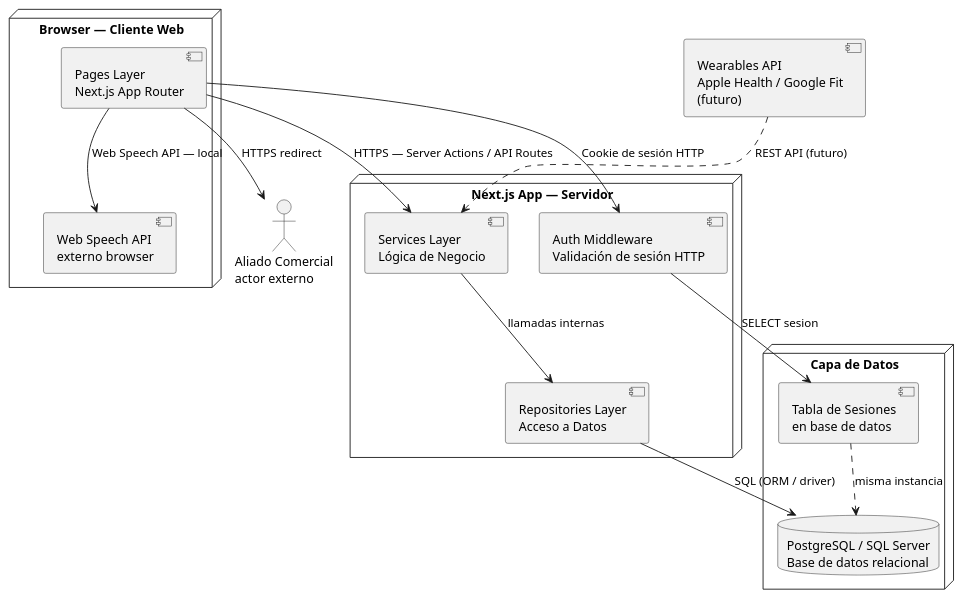
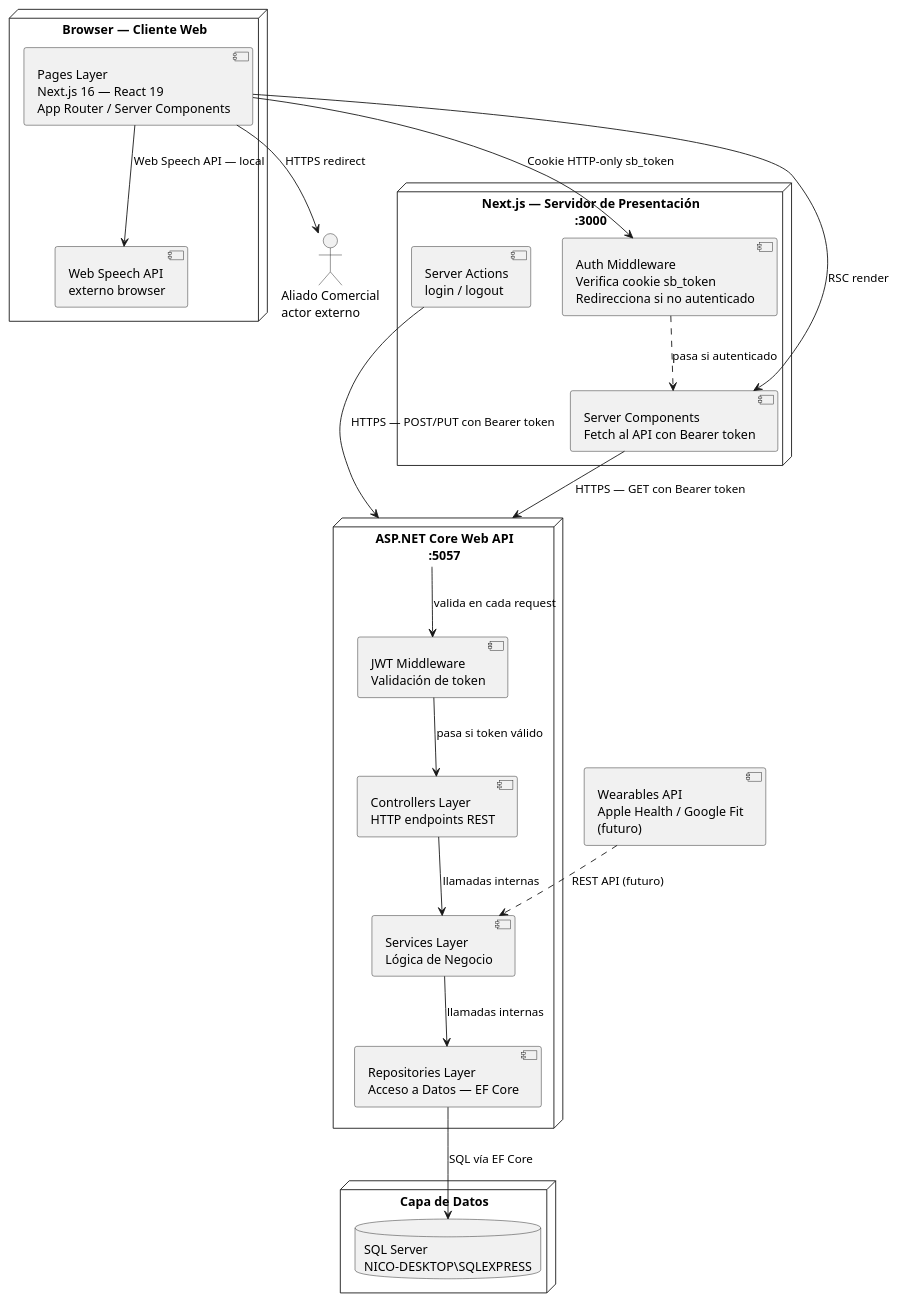
The diagram in silverback/docs/diagrama-componentes.md (nicolassepulveda13/SAP), drawn with PlantUML before and after one commit. The commit also changed other lines of this file and 439 other files, not shown here.

First line of the commit message:
S1 completa: Clean Architecture .NET 9 + Next.js 16 + Auth JWT + schema SQL Server

````diff
--- a/silverback/docs/diagrama-componentes.md
+++ b/silverback/docs/diagrama-componentes.md
@@ -9,36 +10,47 @@
 ```plantuml
 @startuml component-diagram
 
 node "Browser — Cliente Web" as Browser {
-  [Pages Layer\nNext.js App Router] as UI
+  [Pages Layer\nNext.js 16 — React 19\nApp Router / Server Components] as UI
   [Web Speech API\nexterno browser] as SpeechAPI
 }
 
-node "Next.js App — Servidor" as NextApp {
+node "Next.js — Servidor de Presentación\n:3000" as NextApp {
+  [Auth Middleware\nVerifica cookie sb_token\nRedirecciona si no autenticado] as AuthMiddleware
+  [Server Components\nFetch al API con Bearer token] as ServerComponents
+  [Server Actions\nlogin / logout] as ServerActions
+}
+
+node "ASP.NET Core Web API\n:5057" as DotnetAPI {
+  [Controllers Layer\nHTTP endpoints REST] as Controllers
   [Services Layer\nLógica de Negocio] as ServicesLayer
-  [Repositories Layer\nAcceso a Datos] as ReposLayer
-  [Auth Middleware\nValidación de sesión HTTP] as AuthMiddleware
+  [Repositories Layer\nAcceso a Datos — EF Core] as ReposLayer
+  [JWT Middleware\nValidación de token] as JWTMiddleware
 }
 
 node "Capa de Datos" as DataLayer {
-  database "PostgreSQL / SQL Server\nBase de datos relacional" as DB
-  [Tabla de Sesiones\nen base de datos] as Sessions
+  database "SQL Server\nNICO-DESKTOP\\SQLEXPRESS" as DB
 }
 
 actor "Aliado Comercial\nactor externo" as Aliado
 [Wearables API\nApple Health / Google Fit\n(futuro)] as WearablesAPI
 
-UI --> ServicesLayer : HTTPS — Server Actions / API Routes
-UI --> AuthMiddleware : Cookie de sesión HTTP
-AuthMiddleware --> Sessions : SELECT sesion
+UI --> AuthMiddleware : Cookie HTTP-only sb_token
+UI --> ServerComponents : RSC render
+ServerComponents --> DotnetAPI : HTTPS — GET con Bearer token
+ServerActions --> DotnetAPI : HTTPS — POST/PUT con Bearer token
+AuthMiddleware ..> ServerComponents : pasa si autenticado
+
+DotnetAPI --> JWTMiddleware : valida en cada request
+JWTMiddleware --> Controllers : pasa si token válido
+Controllers --> ServicesLayer : llamadas internas
 ServicesLayer --> ReposLayer : llamadas internas
-ReposLayer --> DB : SQL (ORM / driver)
-Sessions ..> DB : misma instancia
+ReposLayer --> DB : SQL vía EF Core
 
 UI --> SpeechAPI : Web Speech API — local
 UI --> Aliado : HTTPS redirect
 
 WearablesAPI ..> ServicesLayer : REST API (futuro)
 
 @enduml
 ```
````
